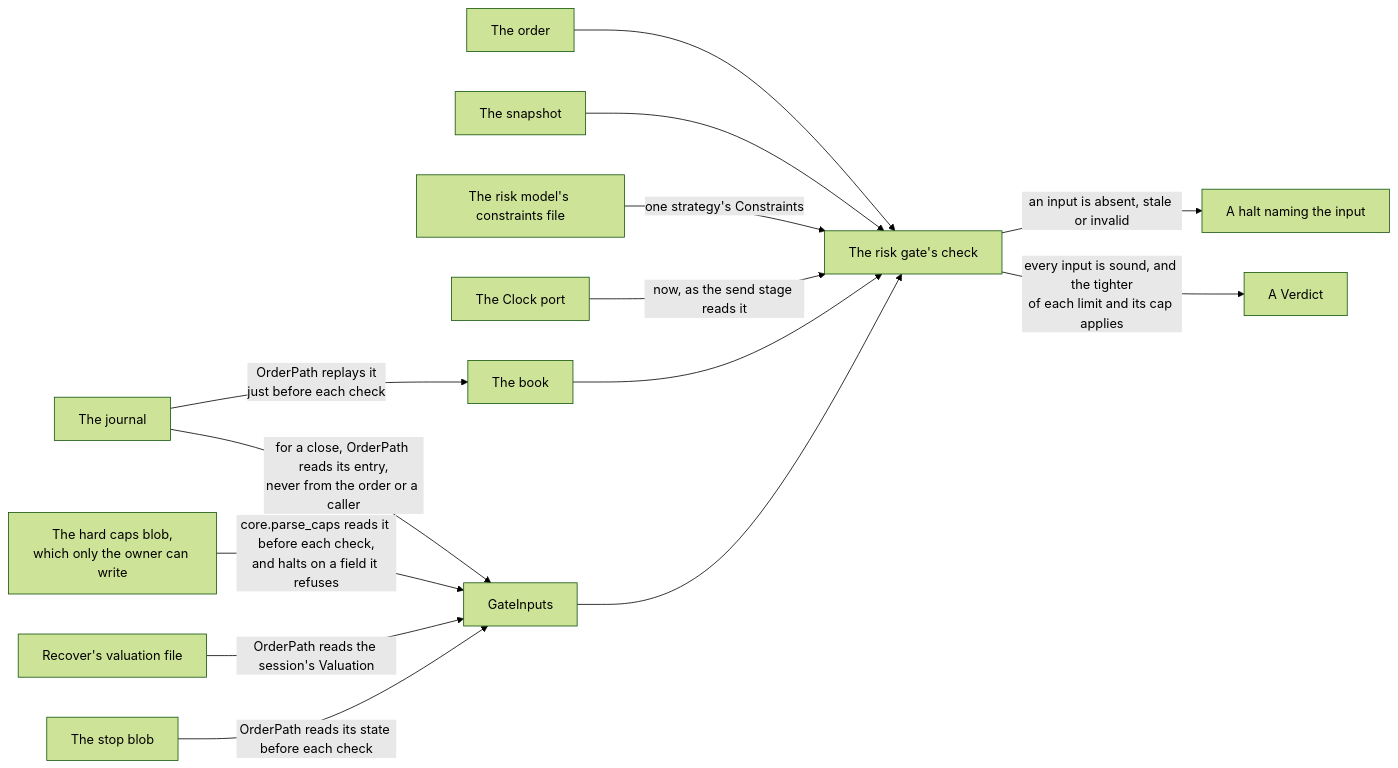
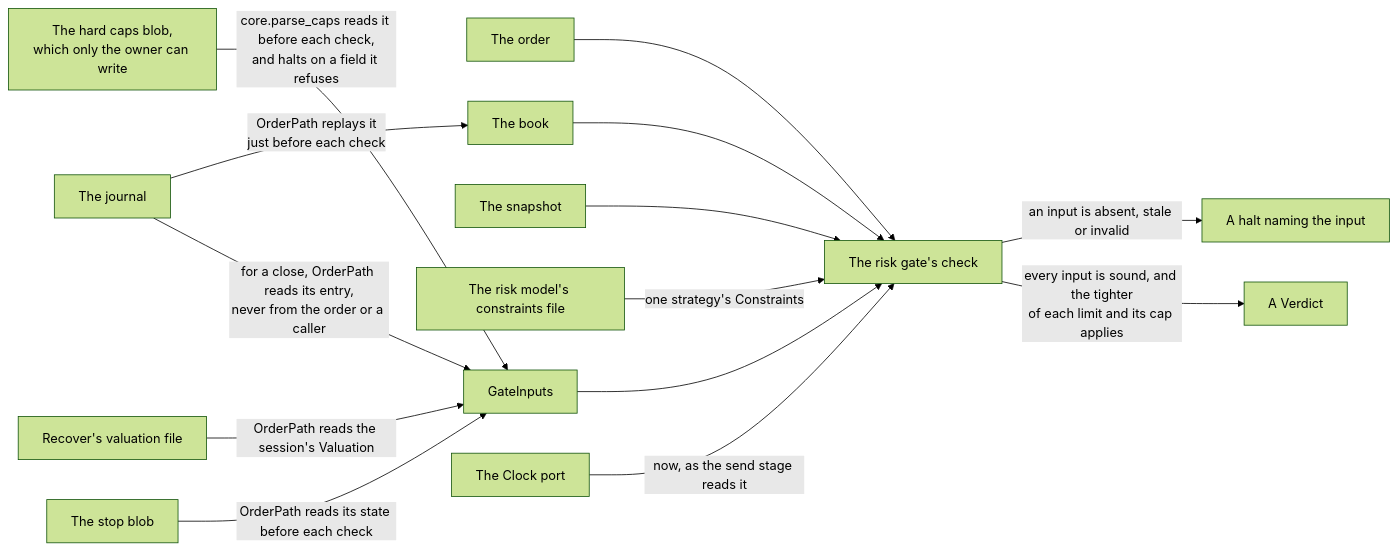
The sixth of 7 diagrams in docs/architecture/05-building-blocks.md (l3a0/ithildin-runtime), drawn with Mermaid (forest theme) before and after one commit. The commit also changed other lines of this file and 23 other files, not shown here.

````diff
--- a/docs/architecture/05-building-blocks.md
+++ b/docs/architecture/05-building-blocks.md
@@ -1031,29 +1031,29 @@
 ```mermaid
 flowchart LR
     order["The order"]
+    journal["The journal"]
+    book["The book"]
     snapshot["The snapshot"]
     file["The risk model's constraints file"]
-    now["The Clock port"]
-    journal["The journal"]
-    book["The book"]
-    inputs["GateInputs"]
     caps["The hard caps blob,<br/>which only the owner can write"]
     v["Recover's valuation file"]
     stop["The stop blob"]
+    inputs["GateInputs"]
+    now["The Clock port"]
     gate["The risk gate's check"]
     verdict["A Verdict"]
     halt["A halt naming the input"]
     order --> gate
+    journal -->|"OrderPath replays it<br/>just before each check"| book
+    book --> gate
     snapshot --> gate
     file -->|"one strategy's Constraints"| gate
-    now -->|"now, as the send stage reads it"| gate
-    book --> gate
-    inputs --> gate
-    journal -->|"OrderPath replays it<br/>just before each check"| book
-    journal -->|"for a close, OrderPath reads its entry,<br/>never from the order or a caller"| inputs
     caps -->|"core.parse_caps reads it before each check,<br/>and halts on a field it refuses"| inputs
     v -->|"OrderPath reads the session's Valuation"| inputs
     stop -->|"OrderPath reads its state before each check"| inputs
+    journal -->|"for a close, OrderPath reads its entry,<br/>never from the order or a caller"| inputs
+    inputs --> gate
+    now -->|"now, as the send stage reads it"| gate
     gate -->|"an input is absent, stale or invalid"| halt
     gate -->|"every input is sound, and the tighter<br/>of each limit and its cap applies"| verdict
 ```
````
